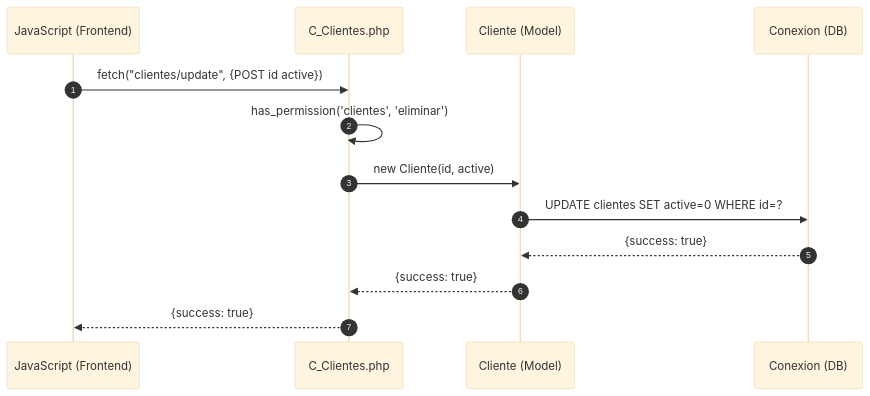
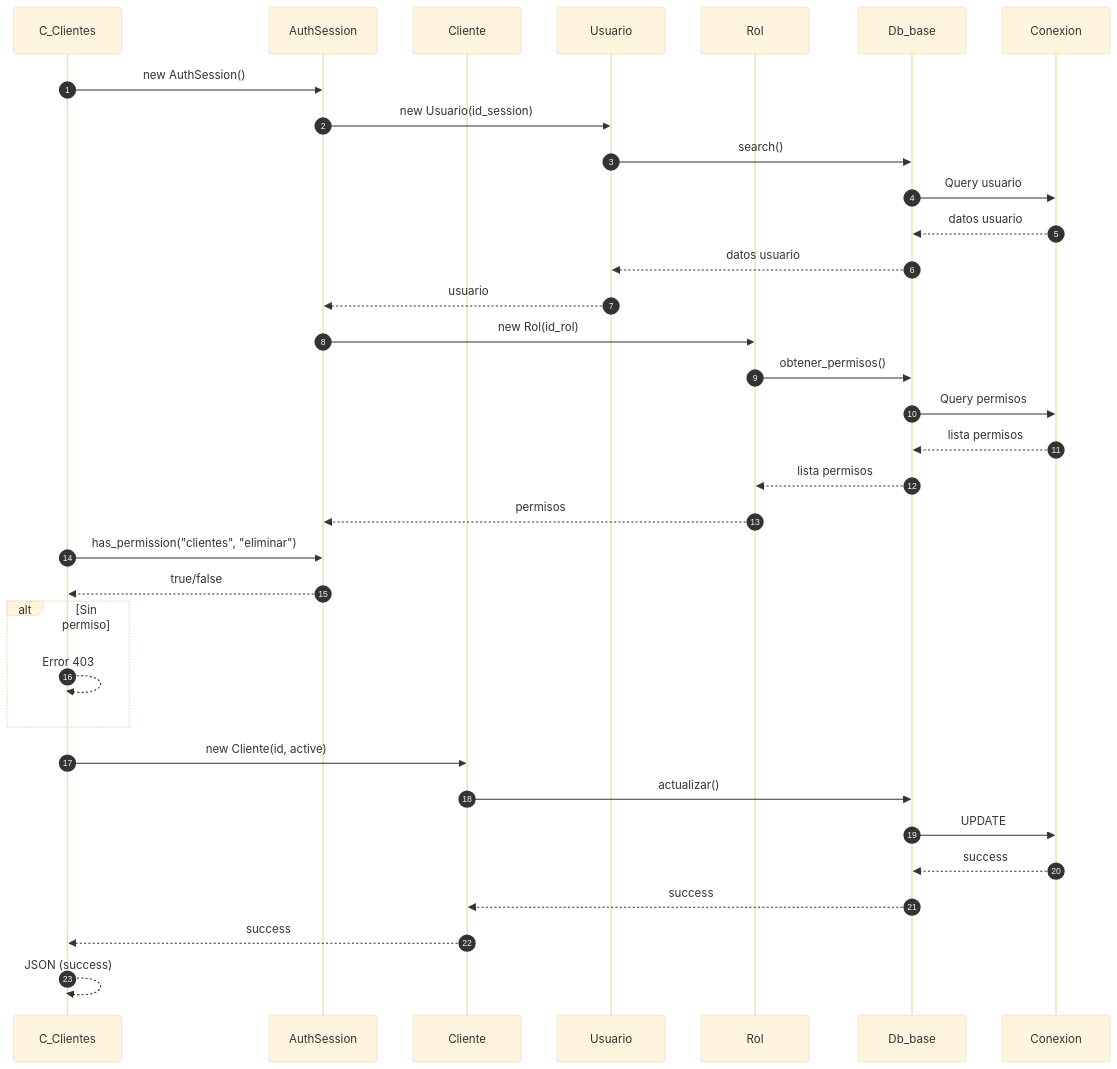
The fifth of 5 diagrams in docs/secuencia/clientes/clientes.md (Tecrato/BurgerHouse), drawn with Mermaid (base theme) before and after one commit. The commit also changed other lines of this file and 13 other files, not shown here.

First line of the commit message:
diagramas actualizaos

````diff
--- a/docs/secuencia/clientes/clientes.md
+++ b/docs/secuencia/clientes/clientes.md
@@ -115,19 +178,42 @@
 ```mermaid
 sequenceDiagram
     autonumber
-    participant JS as JavaScript (Frontend)
-    participant C_Clientes as C_Clientes.php
-    participant Cliente as Cliente (Model)
-    participant DB as Conexion (DB)
+    participant C_Clientes as C_Clientes
+    participant AuthSession as AuthSession
+    participant Cliente as Cliente
+    participant Usuario as Usuario
+    participant Rol as Rol
+    participant Db_base as Db_base
+    participant Conexion as Conexion
     
-    JS->>C_Clientes: fetch("clientes/update", {POST id active})
+    C_Clientes->>AuthSession: new AuthSession()
+    AuthSession->>Usuario: new Usuario(id_session)
+    Usuario->>Db_base: search()
+    Db_base->>Conexion: Query usuario
+    Conexion-->>Db_base: datos usuario
+    Db_base-->>Usuario: datos usuario
+    Usuario-->>AuthSession: usuario
     
-    C_Clientes->>C_Clientes: has_permission('clientes', 'eliminar')
+    AuthSession->>Rol: new Rol(id_rol)
+    Rol->>Db_base: obtener_permisos()
+    Db_base->>Conexion: Query permisos
+    Conexion-->>Db_base: lista permisos
+    Db_base-->>Rol: lista permisos
+    Rol-->>AuthSession: permisos
+    
+    C_Clientes->>AuthSession: has_permission("clientes", "eliminar")
+    AuthSession-->>C_Clientes: true/false
+    
+    alt Sin permiso
+        C_Clientes-->>C_Clientes: Error 403
+    end
     
     C_Clientes->>Cliente: new Cliente(id, active)
-    Cliente->>DB: UPDATE clientes SET active=0 WHERE id=?
-    DB-->>Cliente: {success: true}
-    Cliente-->>C_Clientes: {success: true}
+    Cliente->>Db_base: actualizar()
+    Db_base->>Conexion: UPDATE
+    Conexion-->>Db_base: success
+    Db_base-->>Cliente: success
+    Cliente-->>C_Clientes: success
     
-    C_Clientes-->>JS: {success: true}
+    C_Clientes-->>C_Clientes: JSON (success)
 ```
````
